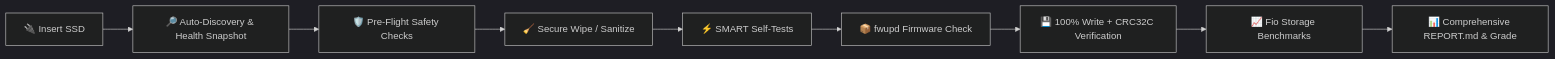
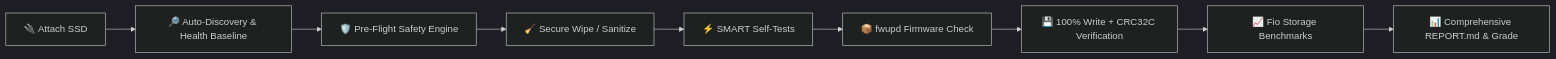
Before and after one commit to Eowerd24/Drive-Intaker: the diagram in README.md, drawn with Mermaid (dark theme). The commit also changed other lines of this file, not shown here.

````diff
--- a/README.md
+++ b/README.md
@@ -38,11 +41,11 @@
 ```mermaid
 flowchart LR
-    A["🔌 Insert SSD"] --> B["🔎 Auto-Discovery & Health Snapshot"]
-    B --> C["🛡️ Pre-Flight Safety Checks"]
+    A["🔌 Attach SSD"] --> B["🔎 Auto-Discovery & Health Baseline"]
+    B --> C["🛡️ Pre-Flight Safety Engine"]
     C --> D["🧹 Secure Wipe / Sanitize"]
     D --> E["⚡ SMART Self-Tests"]
     E --> F["📦 fwupd Firmware Check"]
     F --> G["💾 100% Write + CRC32C Verification"]
     G --> H["📈 Fio Storage Benchmarks"]
     H --> I["📊 Comprehensive REPORT.md & Grade"]
 ```
````
